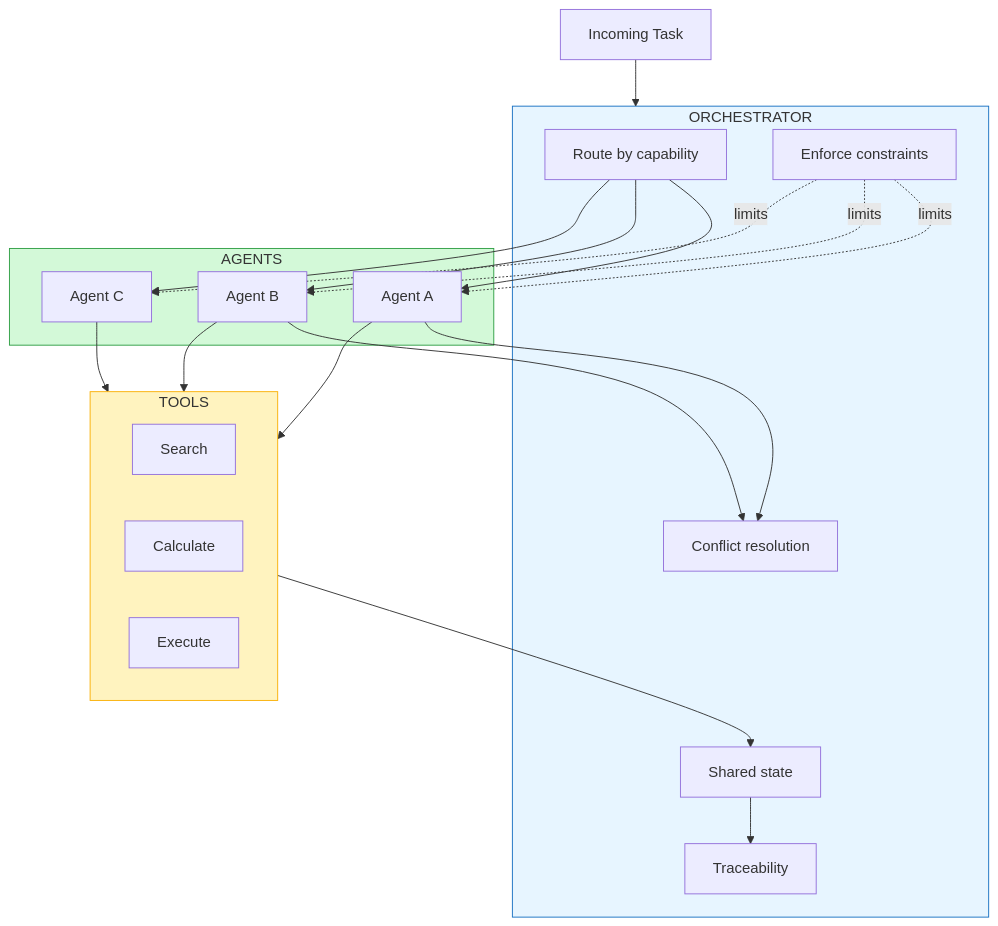
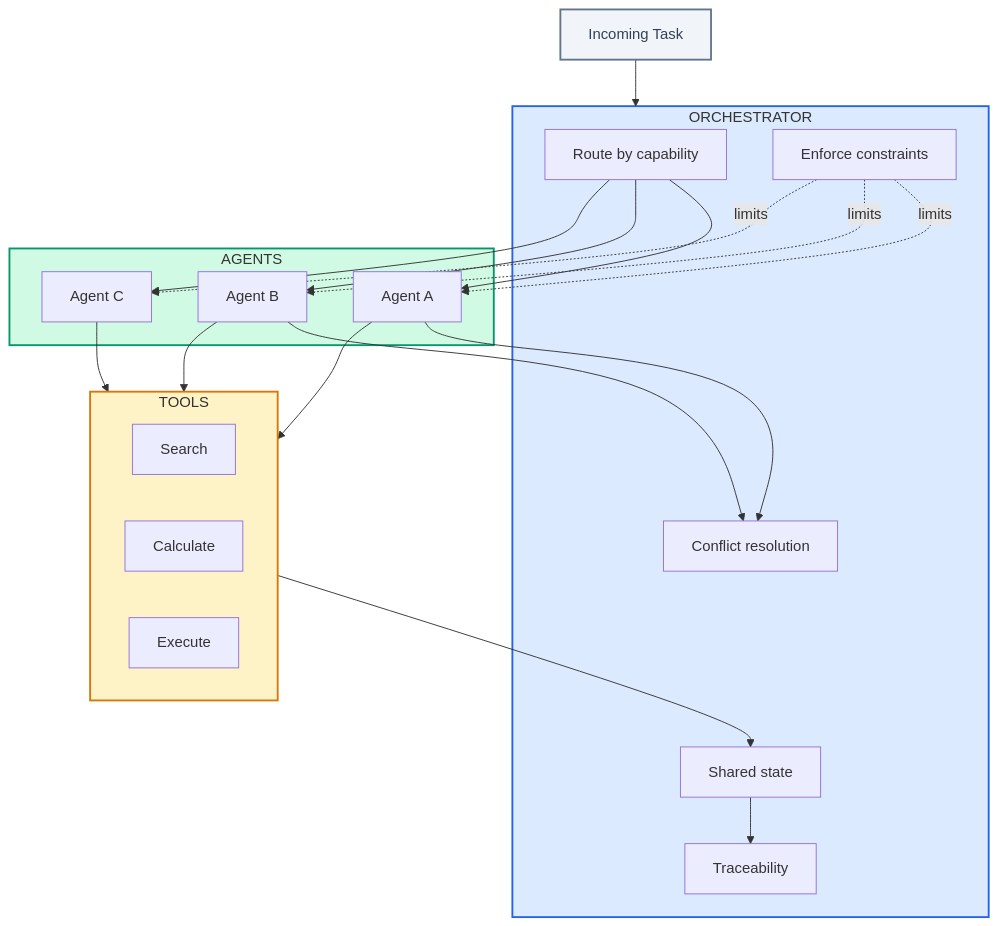
Before and after one commit to whoisrade/agentic-field-manual: the first of 2 diagrams in 06-operations/orchestration.md, drawn with Mermaid. The commit also changed other lines of this file and 18 other files, not shown here.

Commit message:
refine mermaid diagrams with enterprise color palette

````diff
--- a/06-operations/orchestration.md
+++ b/06-operations/orchestration.md
@@ -23,36 +23,37 @@
 ```mermaid
 flowchart TB
-    Task[Incoming Task] --> Orchestrator
+    Task["Incoming Task"] --> Orchestrator
     
     subgraph Orchestrator["ORCHESTRATOR"]
-        Router[Route by capability]
-        Constraints[Enforce constraints]
-        State[Shared state]
-        Trace[Traceability]
-        Arbiter[Conflict resolution]
+        Router["Route by capability"]
+        Constraints["Enforce constraints"]
+        State["Shared state"]
+        Trace["Traceability"]
+        Arbiter["Conflict resolution"]
     end
     
     subgraph Agents["AGENTS"]
-        A1[Agent A]
-        A2[Agent B]
-        A3[Agent C]
+        A1["Agent A"]
+        A2["Agent B"]
+        A3["Agent C"]
     end
     
     subgraph Tools["TOOLS"]
-        T1[Search]
-        T2[Calculate]
-        T3[Execute]
+        T1["Search"]
+        T2["Calculate"]
+        T3["Execute"]
     end
     
     Router --> A1 & A2 & A3
     A1 & A2 & A3 --> Tools
     Tools --> State
     State --> Trace
     A1 & A2 --> Arbiter
     
-    Constraints -.->|limits| A1 & A2 & A3
+    Constraints -.->|"limits"| A1 & A2 & A3
     
-    style Orchestrator fill:#e7f5ff,stroke:#1971c2
-    style Agents fill:#d3f9d8,stroke:#2f9e44
-    style Tools fill:#fff3bf,stroke:#fab005
+    style Task fill:#f1f5f9,stroke:#64748b,stroke-width:2px,color:#334155
+    style Orchestrator fill:#dbeafe,stroke:#2563eb,stroke-width:2px
+    style Agents fill:#d1fae5,stroke:#059669,stroke-width:2px
+    style Tools fill:#fef3c7,stroke:#d97706,stroke-width:2px
 ```
````
